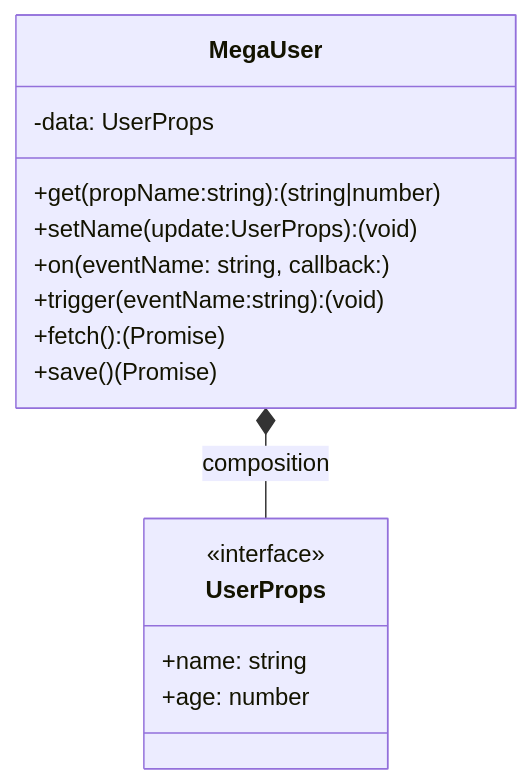
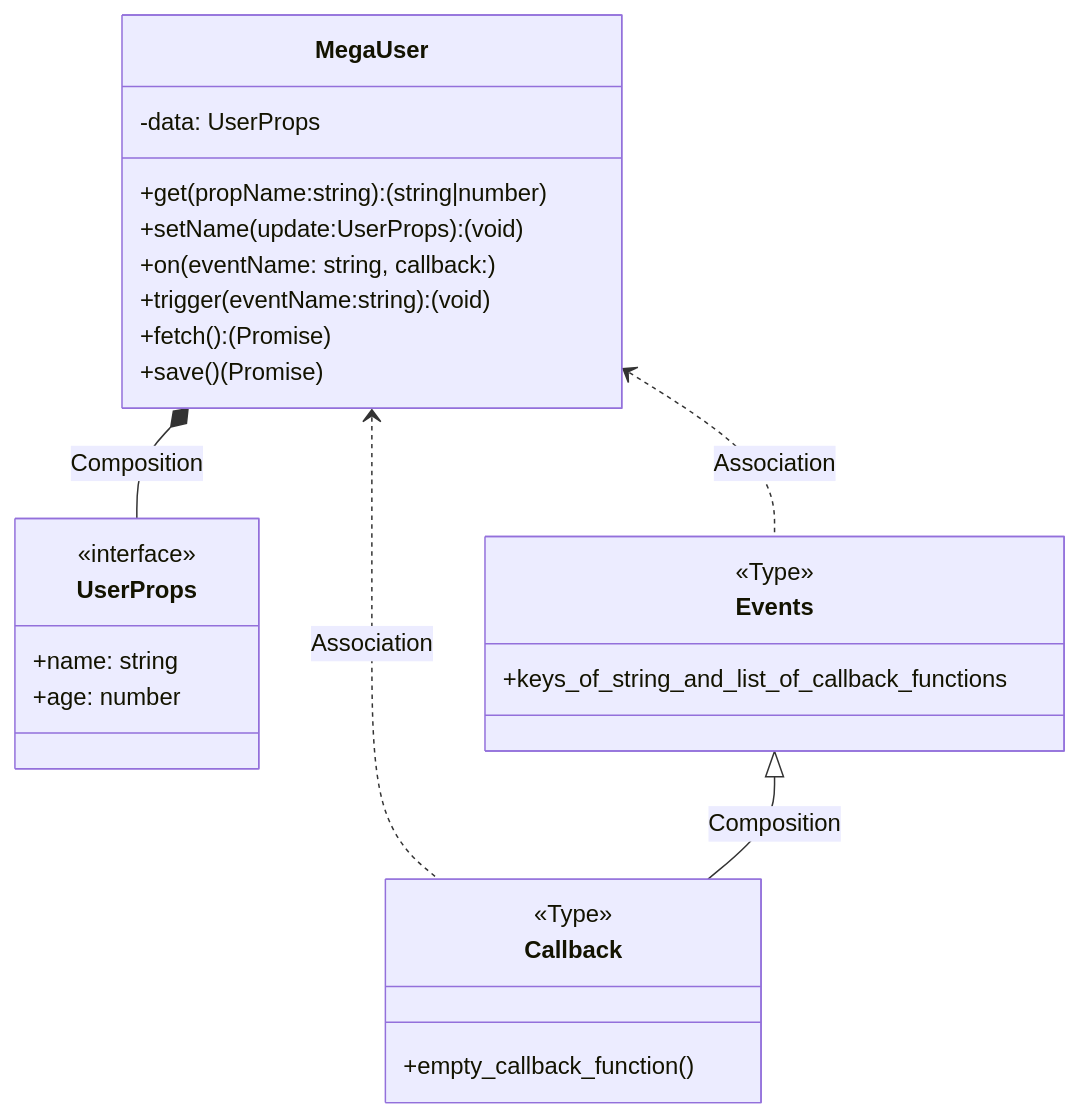
The diagram in README.md (frzhen/typescript-web-framework), drawn with Mermaid before and after one commit. The commit also changed 3 other files, not shown here.

````diff
--- a/README.md
+++ b/README.md
@@ -33,18 +33,29 @@
 ```mermaid
    classDiagram
    class MegaUser {
    -data: UserProps
    +get(propName:string):(string|number)
    +setName(update:UserProps):(void)
    +on(eventName: string, callback:)
    +trigger(eventName:string):(void)
    +fetch():(Promise)
    +save()(Promise)
    }
    class UserProps {
    <<interface>>
    +name: string
    +age: number
    }
-   MegaUser *-- UserProps: composition
+   MegaUser *-- UserProps: Composition
+   class Callback {
+   <<Type>>
+   +empty_callback_function()
+   }
+   MegaUser <.. Callback: Association
+   class Events {
+   <<Type>>
+   +keys_of_string_and_list_of_callback_functions
+   }
+   Events <|-- Callback: Composition
+   MegaUser <.. Events: Association
 ```
````
